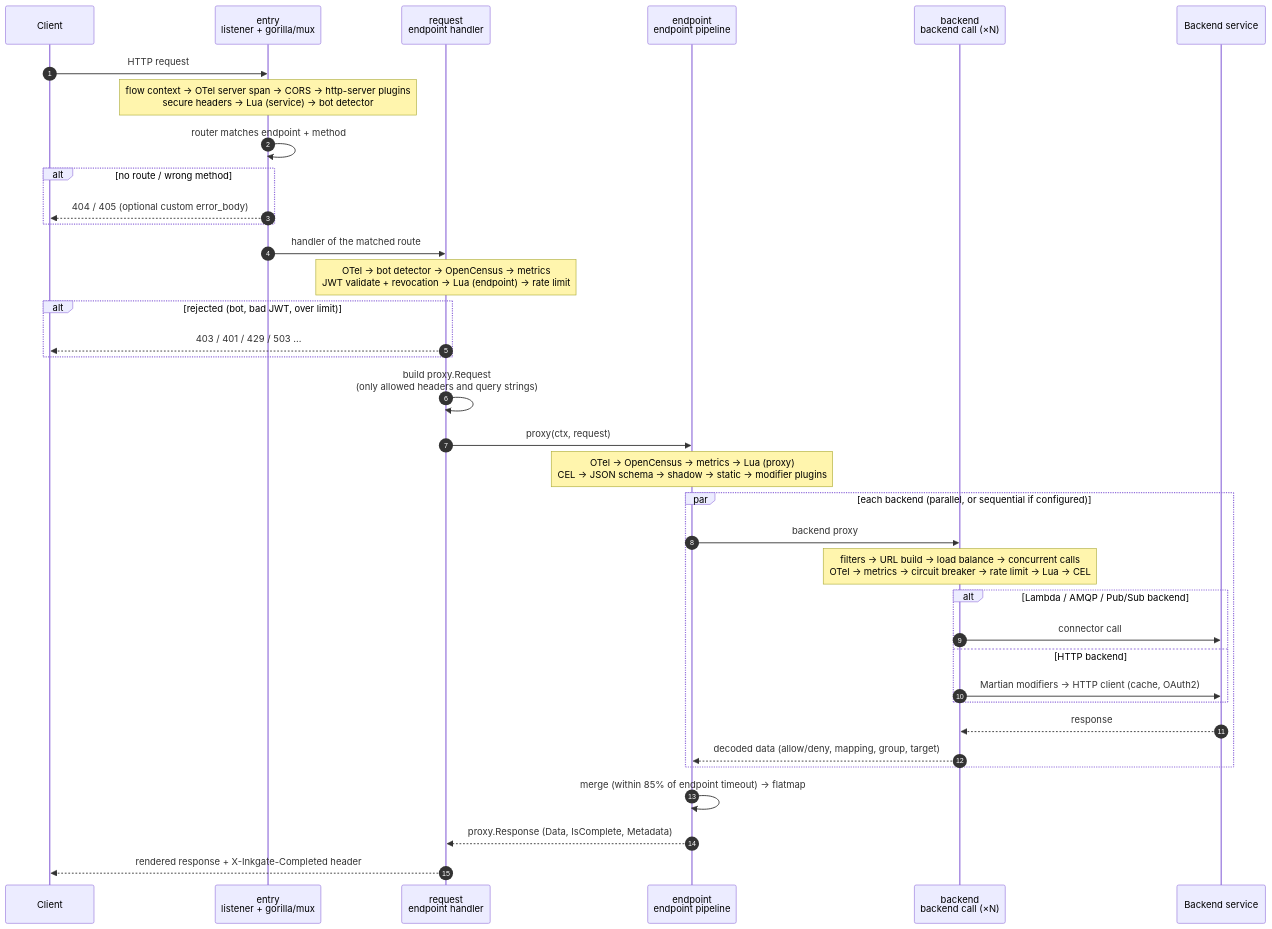
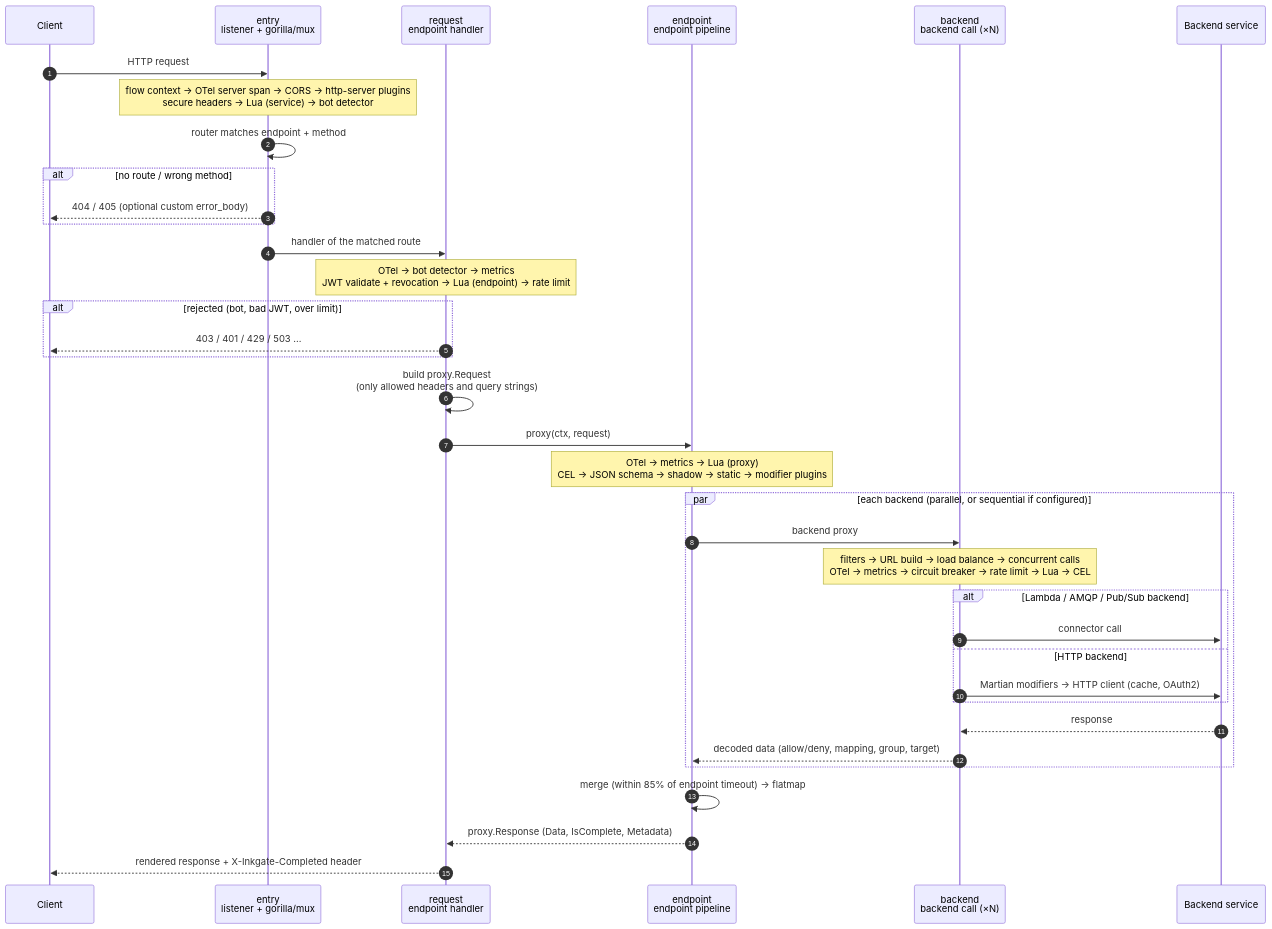
One commit to 9edang/inkgate changed the diagram in docs/overview/request-lifecycle.md. Above: the diagram before and after it, drawn with Mermaid. The commit also changed 72 other files, not shown here.

First line of the commit message:
dependencies: drop OpenCensus and op/go-logging, AWS SDK v2, go-jose v4

````diff
--- a/docs/overview/request-lifecycle.md
+++ b/docs/overview/request-lifecycle.md
@@ -8,39 +8,39 @@
 ```mermaid
 sequenceDiagram
     autonumber
     participant C as Client
     participant E as entry<br/>listener + gorilla/mux
     participant R as request<br/>endpoint handler
     participant P as endpoint<br/>endpoint pipeline
     participant B as backend<br/>backend call (×N)
     participant S as Backend service
 
     C->>E: HTTP request
     Note over E: flow context → OTel server span → CORS → http-server plugins<br/>secure headers → Lua (service) → bot detector
     E->>E: router matches endpoint + method
     alt no route / wrong method
         E-->>C: 404 / 405 (optional custom error_body)
     end
     E->>R: handler of the matched route
-    Note over R: OTel → bot detector → OpenCensus → metrics<br/>JWT validate + revocation → Lua (endpoint) → rate limit
+    Note over R: OTel → bot detector → metrics<br/>JWT validate + revocation → Lua (endpoint) → rate limit
     alt rejected (bot, bad JWT, over limit)
         R-->>C: 403 / 401 / 429 / 503 ...
     end
     R->>R: build proxy.Request<br/>(only allowed headers and query strings)
     R->>P: proxy(ctx, request)
-    Note over P: OTel → OpenCensus → metrics → Lua (proxy)<br/>CEL → JSON schema → shadow → static → modifier plugins
+    Note over P: OTel → metrics → Lua (proxy)<br/>CEL → JSON schema → shadow → static → modifier plugins
     par each backend (parallel, or sequential if configured)
         P->>B: backend proxy
         Note over B: filters → URL build → load balance → concurrent calls<br/>OTel → metrics → circuit breaker → rate limit → Lua → CEL
         alt Lambda / AMQP / Pub/Sub backend
             B->>S: connector call
         else HTTP backend
             B->>S: Martian modifiers → HTTP client (cache, OAuth2)
         end
         S-->>B: response
         B-->>P: decoded data (allow/deny, mapping, group, target)
     end
     P->>P: merge (within 85% of endpoint timeout) → flatmap
     P-->>R: proxy.Response (Data, IsComplete, Metadata)
     R-->>C: rendered response + X-Inkgate-Completed header
 ```
````
